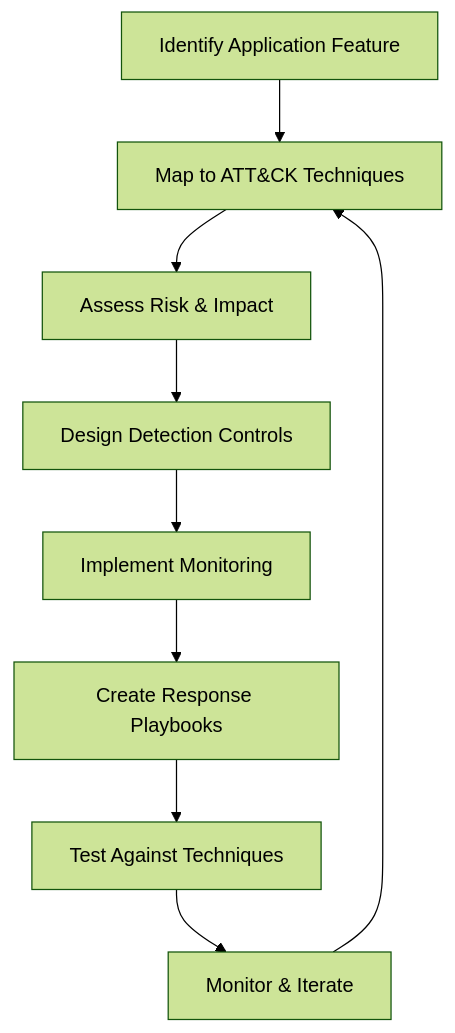
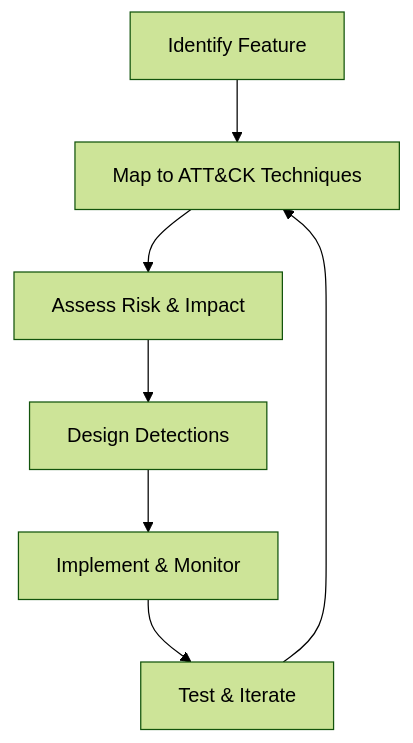
The fifth of 7 diagrams in slides/Slides.md (codebytes/mitre-attack-for-devs), drawn with Mermaid (forest theme) before and after one commit. The commit also changed other lines of this file, not shown here.

Commit message:
Fix overflowing slides: split code blocks, simplify diagrams, trim content

```diff
--- a/slides/Slides.md
+++ b/slides/Slides.md
@@ -960,11 +952,9 @@
 <div class="mermaid">
 flowchart TD
-    A[Identify Application Feature] --> B[Map to ATT&CK Techniques]
+    A[Identify Feature] --> B[Map to ATT&CK Techniques]
     B --> C[Assess Risk & Impact]
-    C --> D[Design Detection Controls]
-    D --> E[Implement Monitoring]
-    E --> F[Create Response Playbooks]
-    F --> G[Test Against Techniques]
-    G --> H[Monitor & Iterate]
-    H --> B
+    C --> D[Design Detections]
+    D --> E[Implement & Monitor]
+    E --> F[Test & Iterate]
+    F --> B
 </div>
```
